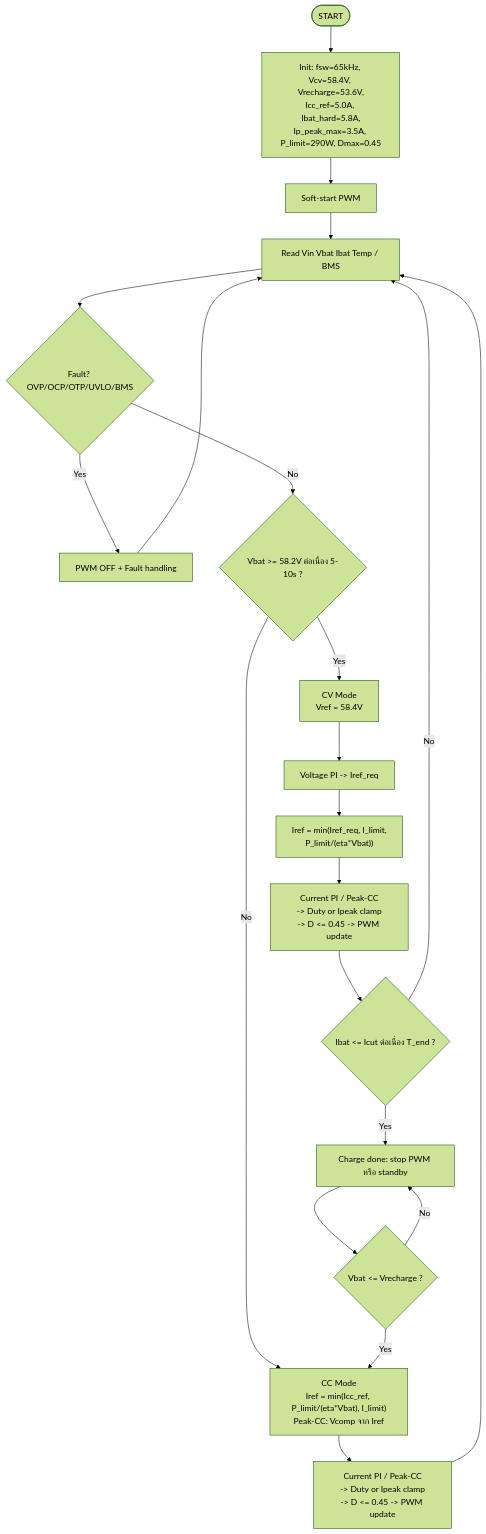
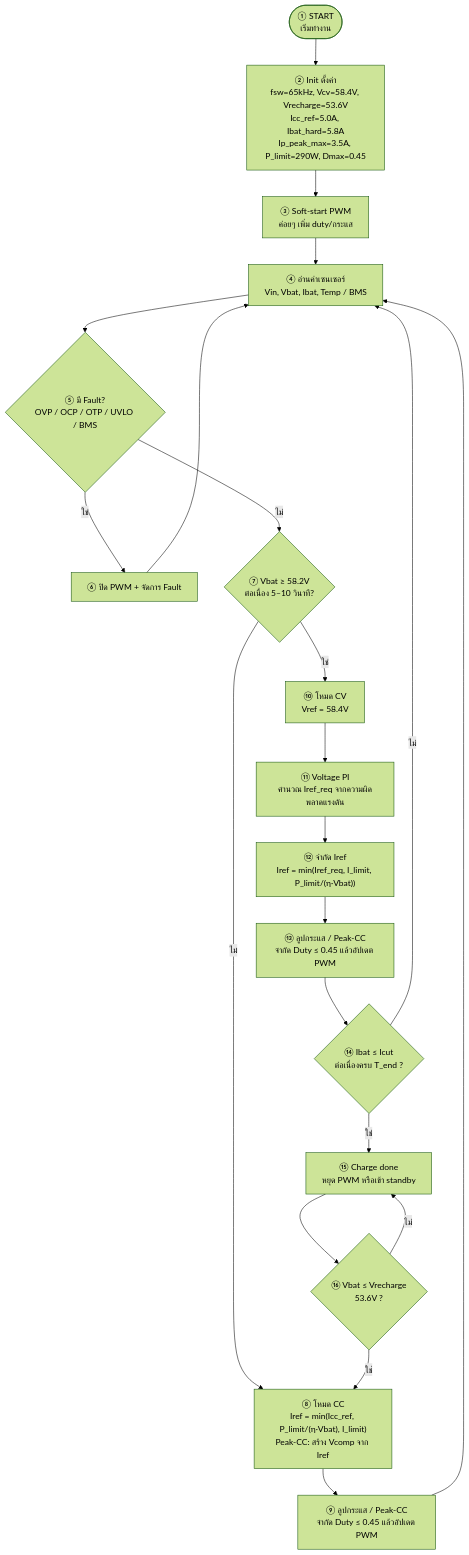
The diagram in docs/flowchart-cc-cv-forward.mmd (phoomipornker-code/code), drawn with Mermaid (forest theme) before and after one commit. The commit also changed 1 other file, not shown here.

Commit message:
Number CC-CV flowchart steps and add Thai explanations
Label stages 1-16 with Thai descriptions, parameter table, and
short memory summary for the forward charger control flow.

```diff
--- a/docs/flowchart-cc-cv-forward.mmd
+++ b/docs/flowchart-cc-cv-forward.mmd
@@ -1,22 +1,22 @@
 flowchart TD
-    A([START]) --> B["Init: fsw=65kHz, Vcv=58.4V, Vrecharge=53.6V,\nIcc_ref=5.0A, Ibat_hard=5.8A,\nIp_peak_max=3.5A, P_limit=290W, Dmax=0.45"]
-    B --> C[Soft-start PWM]
-    C --> D[Read Vin Vbat Ibat Temp / BMS]
-    D --> E{Fault? OVP/OCP/OTP/UVLO/BMS}
-    E -- Yes --> X[PWM OFF + Fault handling] --> D
-    E -- No --> F{Vbat >= 58.2V ต่อเนื่อง 5-10s ?}
+    A(["① START<br/>เริ่มทำงาน"]) --> B["② Init ตั้งค่า<br/>fsw=65kHz, Vcv=58.4V, Vrecharge=53.6V<br/>Icc_ref=5.0A, Ibat_hard=5.8A<br/>Ip_peak_max=3.5A, P_limit=290W, Dmax=0.45"]
+    B --> C["③ Soft-start PWM<br/>ค่อยๆ เพิ่ม duty/กระแส"]
+    C --> D["④ อ่านค่าเซนเซอร์<br/>Vin, Vbat, Ibat, Temp / BMS"]
+    D --> E{"⑤ มี Fault?<br/>OVP / OCP / OTP / UVLO / BMS"}
+    E -- ใช่ --> X["⑥ ปิด PWM + จัดการ Fault"] --> D
+    E -- ไม่ --> F{"⑦ Vbat ≥ 58.2V<br/>ต่อเนื่อง 5–10 วินาที?"}
 
-    F -- No --> G["CC Mode\nIref = min(Icc_ref, P_limit/(eta*Vbat), I_limit)\nPeak-CC: Vcomp จาก Iref"]
-    G --> H["Current PI / Peak-CC\n-> Duty or Ipeak clamp\n-> D <= 0.45 -> PWM update"]
+    F -- ไม่ --> G["⑧ โหมด CC<br/>Iref = min(Icc_ref, P_limit/(η·Vbat), I_limit)<br/>Peak-CC: สร้าง Vcomp จาก Iref"]
+    G --> H["⑨ ลูปกระแส / Peak-CC<br/>จำกัด Duty ≤ 0.45 แล้วอัปเดต PWM"]
     H --> D
 
-    F -- Yes --> I["CV Mode\nVref = 58.4V"]
-    I --> J[Voltage PI -> Iref_req]
-    J --> K["Iref = min(Iref_req, I_limit,\nP_limit/(eta*Vbat))"]
-    K --> L["Current PI / Peak-CC\n-> Duty or Ipeak clamp\n-> D <= 0.45 -> PWM update"]
-    L --> M{Ibat <= Icut ต่อเนื่อง T_end ?}
-    M -- No --> D
-    M -- Yes --> N[Charge done: stop PWM หรือ standby]
-    N --> O{Vbat <= Vrecharge ?}
-    O -- Yes --> G
-    O -- No --> N
+    F -- ใช่ --> I["⑩ โหมด CV<br/>Vref = 58.4V"]
+    I --> J["⑪ Voltage PI<br/>คำนวณ Iref_req จากความผิดพลาดแรงดัน"]
+    J --> K["⑫ จำกัด Iref<br/>Iref = min(Iref_req, I_limit, P_limit/(η·Vbat))"]
+    K --> L["⑬ ลูปกระแส / Peak-CC<br/>จำกัด Duty ≤ 0.45 แล้วอัปเดต PWM"]
+    L --> M{"⑭ Ibat ≤ Icut<br/>ต่อเนื่องครบ T_end ?"}
+    M -- ไม่ --> D
+    M -- ใช่ --> N["⑮ Charge done<br/>หยุด PWM หรือเข้า standby"]
+    N --> O{"⑯ Vbat ≤ Vrecharge<br/>53.6V ?"}
+    O -- ใช่ --> G
+    O -- ไม่ --> N
```
